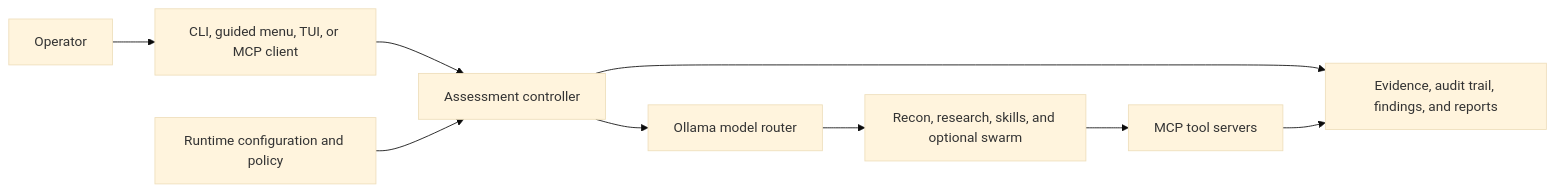
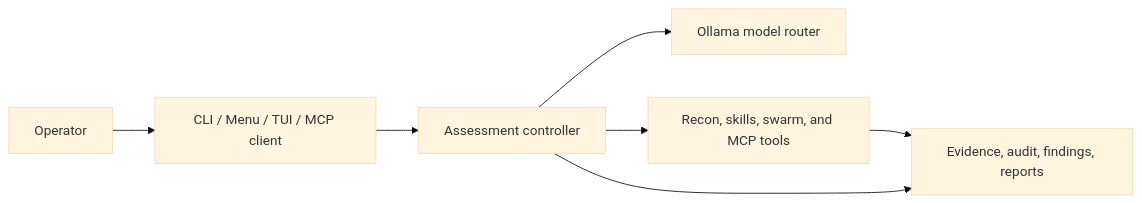
The diagram in README.md (braydos-h/BreachPilot), drawn with Mermaid (base theme) before and after one commit. The commit also changed other lines of this file, not shown here.

````diff
--- a/README.md
+++ b/README.md
@@ -102,11 +149,9 @@
 ```mermaid
 flowchart LR
-    O[Operator] --> U[CLI, guided menu, TUI, or MCP client]
-    U --> C[Assessment controller]
-    P[Runtime configuration and policy] --> C
+    O[Operator] --> I[CLI / Menu / TUI / MCP client]
+    I --> C[Assessment controller]
     C --> M[Ollama model router]
-    M --> W[Recon, research, skills, and optional swarm]
-    W --> T[MCP tool servers]
-    C --> E[Evidence, audit trail, findings, and reports]
-    T --> E
+    C --> W[Recon, skills, swarm, and MCP tools]
+    W --> A[Evidence, audit, findings, reports]
+    C --> A
 ```
````
